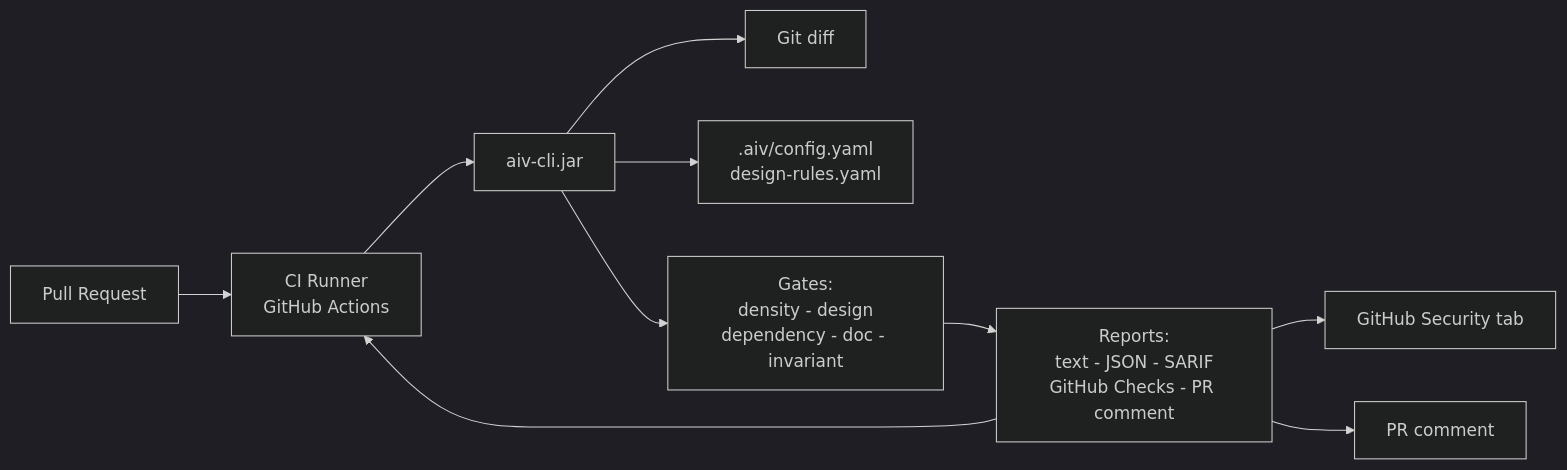
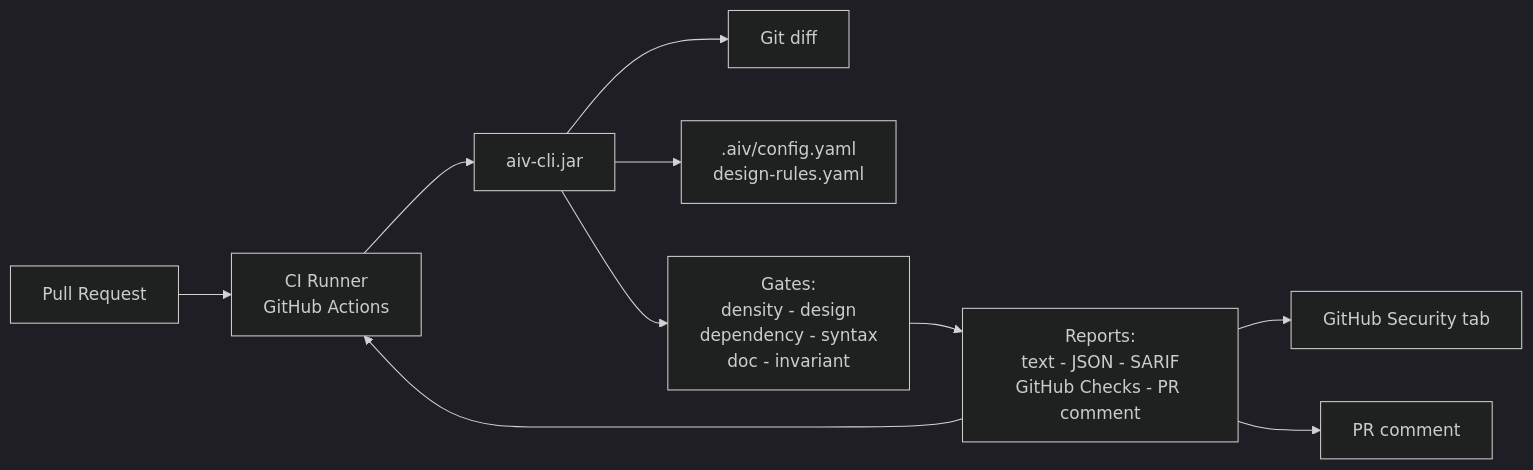
The first of 9 diagrams in docs/AIV-TUTORIAL.md (vaquarkhan/aiv-integrity-gate), drawn with Mermaid (dark theme) before and after one commit. The commit also changed other lines of this file and 45 other files, not shown here.

````diff
--- a/docs/AIV-TUTORIAL.md
+++ b/docs/AIV-TUTORIAL.md
@@ -55,21 +55,21 @@
 ```mermaid
 flowchart LR
  PR[Pull Request]
  CI[CI Runner<br/>GitHub Actions]
  CLI[aiv-cli.jar]
  GIT[Git diff]
  CONF[.aiv/config.yaml<br/>design-rules.yaml]
- GATES[Gates:<br/>density - design<br/>dependency - doc - invariant]
+ GATES[Gates:<br/>density - design<br/>dependency - syntax<br/>doc - invariant]
  REPORT[Reports:<br/>text - JSON - SARIF<br/>GitHub Checks - PR comment]
  SEC[GitHub Security tab]
  PRCOMM[PR comment]
 
  PR --> CI --> CLI
  CLI --> GIT
  CLI --> CONF
  CLI --> GATES
  GATES --> REPORT
  REPORT --> SEC
  REPORT --> PRCOMM
  REPORT --> CI
 ```
````
